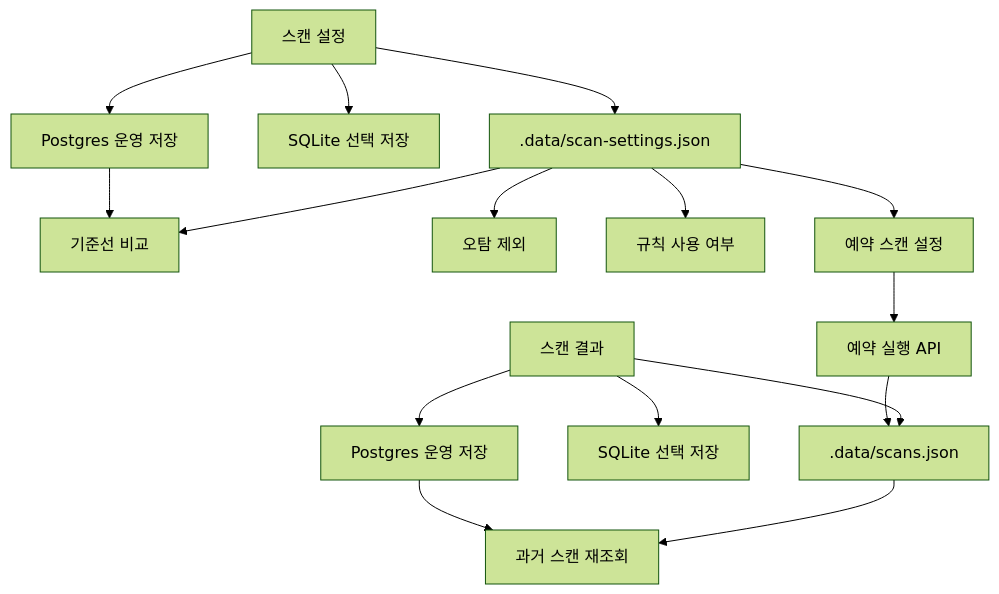
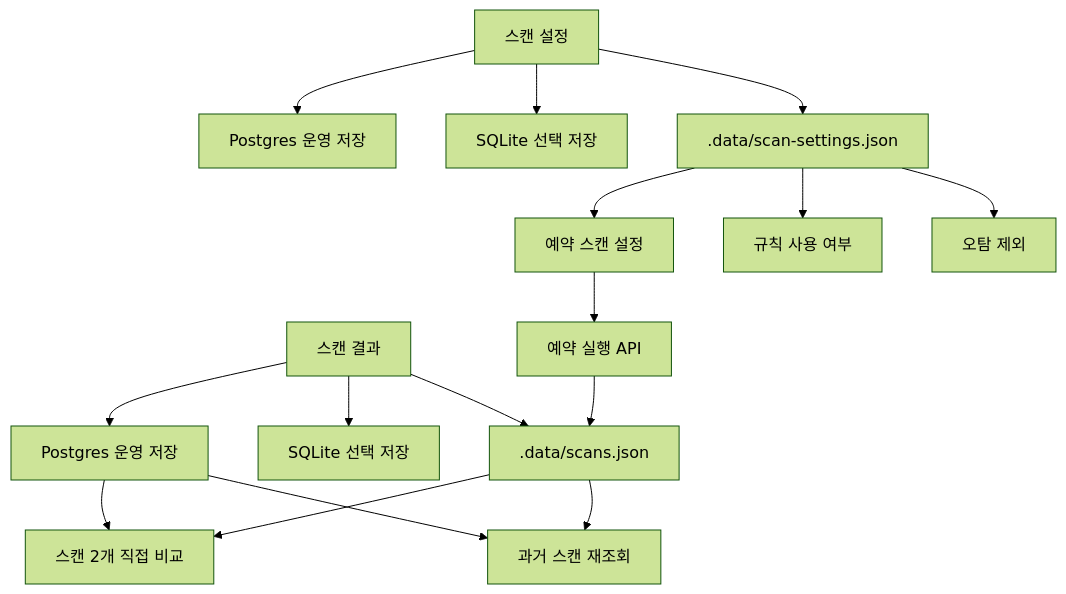
The third of 3 diagrams in README.md (rockenwind/mac_vibecoding), drawn with Mermaid (forest theme) before and after one commit. The commit also changed other lines of this file and 13 other files, not shown here.

Commit message:
Replace baseline scans with direct comparison

````diff
--- a/README.md
+++ b/README.md
@@ -104,18 +107,18 @@
 ```mermaid
 flowchart TD
   Scan["스캔 결과"] --> HistoryJson[".data/scans.json"]
   Scan --> HistorySqlite["SQLite 선택 저장"]
   Scan --> HistoryPostgres["Postgres 운영 저장"]
   Settings["스캔 설정"] --> SettingsJson[".data/scan-settings.json"]
   Settings --> SettingsSqlite["SQLite 선택 저장"]
   Settings --> SettingsPostgres["Postgres 운영 저장"]
   HistoryJson --> Replay["과거 스캔 재조회"]
   HistoryPostgres --> Replay
-  SettingsJson --> BaselineCompare["기준선 비교"]
-  SettingsPostgres --> BaselineCompare
+  HistoryJson --> DirectCompare["스캔 2개 직접 비교"]
+  HistoryPostgres --> DirectCompare
   SettingsJson --> Suppression["오탐 제외"]
   SettingsJson --> RuleToggle["규칙 사용 여부"]
   SettingsJson --> Schedules["예약 스캔 설정"]
   Schedules --> ScheduledRun["예약 실행 API"]
   ScheduledRun --> HistoryJson
 ```
````
